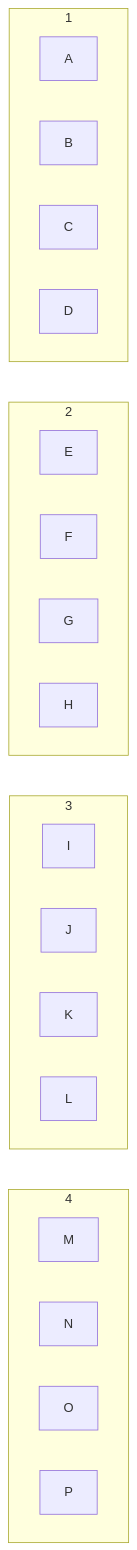
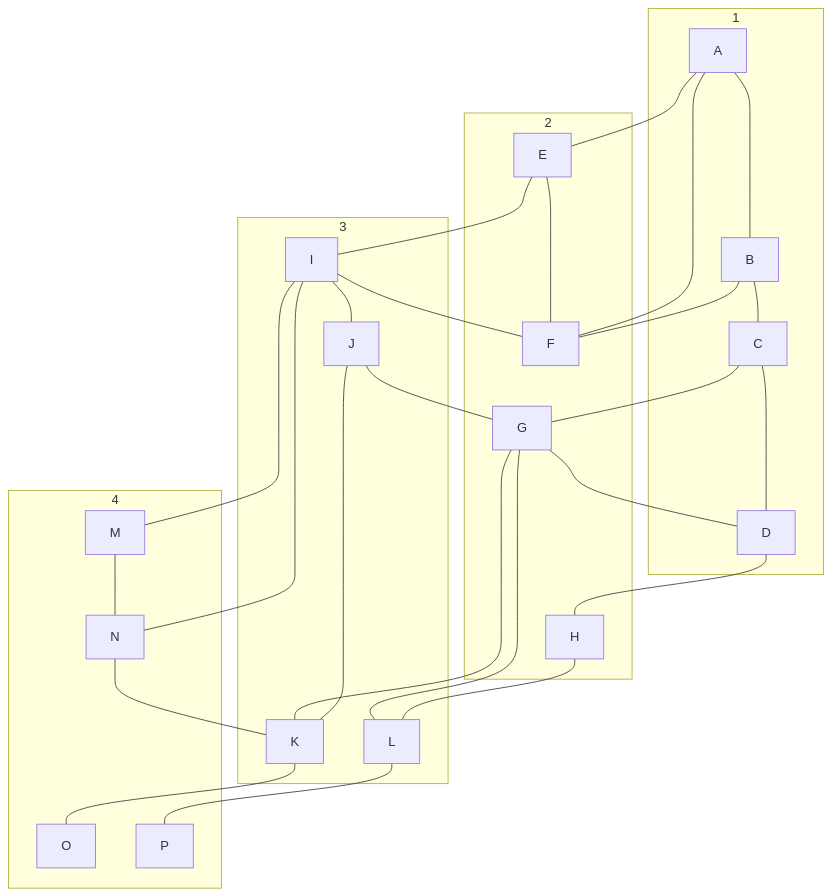
One commit to Tiggax/Zapiski changed the diagram in 2. Letnik/Podatkovne strukture in algoritmi/vaje 12-1-2022.md. Above: the diagram before and after it, drawn with Mermaid. The commit also changed other lines of this file, not shown here.

Commit message:
flyingarchie backup: 2022-01-12 15:51:33

````diff
--- a/2. Letnik/Podatkovne strukture in algoritmi/vaje 12-1-2022.md
+++ b/2. Letnik/Podatkovne strukture in algoritmi/vaje 12-1-2022.md
@@ -15,32 +15,46 @@
 ```mermaid
-graph LR
+graph TD
 subgraph 1
-direction LR
+
 A
 B
 C
 D
 end
 subgraph 2
-direction LR
 E
 F
 G
 H
 end
 subgraph 3
-direction LR
 I
 J
 K
 L
 end
 subgraph 4
-direction LR
 M
 N
 O
 P
 end
+A---B---C---D
+E---F
+I---J---K
+M---N
+
+A---E---I---M
+B---F
+C---G---K---O
+D---H---L---P
+
+I---F
+J---G---D
+N---K
+
+G---L
+A---F
+I---N
 
 ```
````
